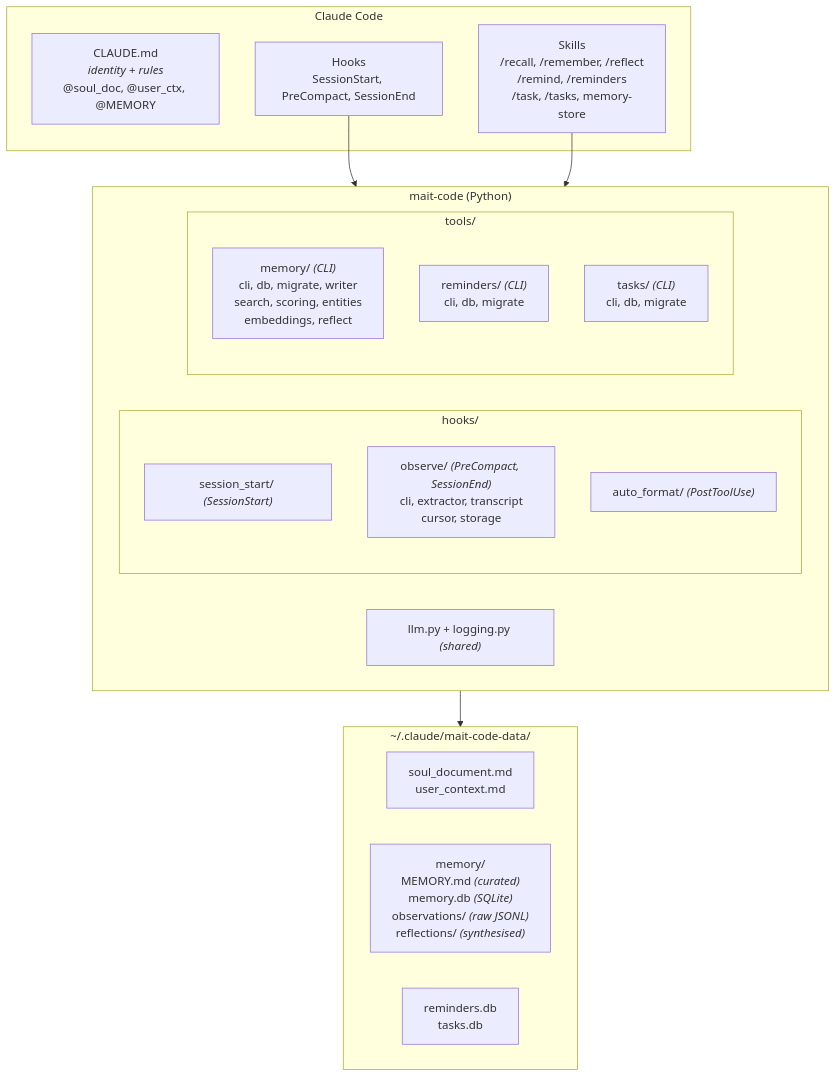
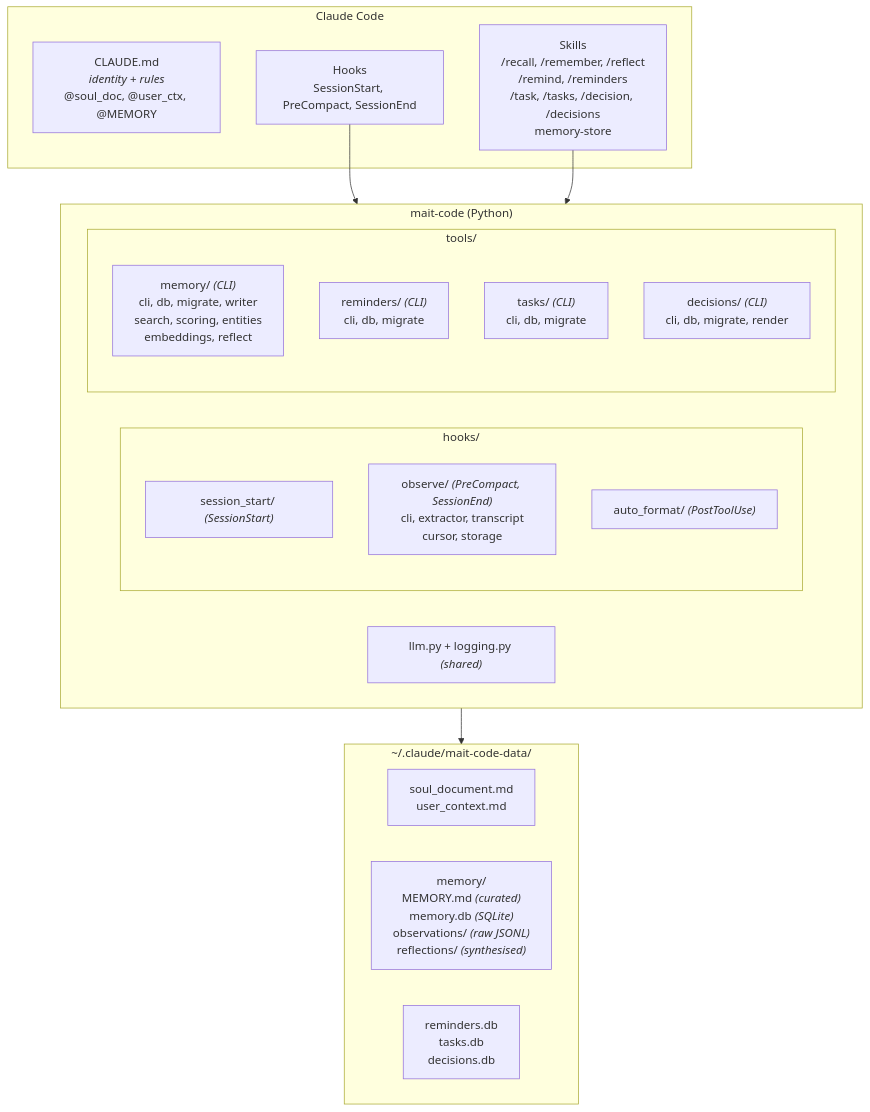
One commit to wiktordepina/mait-code changed the first of 4 diagrams in docs/architecture.md. Above: the diagram before and after it, drawn with Mermaid. The commit also changed other lines of this file and 5 other files, not shown here.

````diff
--- a/docs/architecture.md
+++ b/docs/architecture.md
@@ -14,32 +14,33 @@
 ```mermaid
 graph TD
     subgraph claude_code ["Claude Code"]
         CLAUDE_MD["CLAUDE.md<br/><i>identity + rules</i><br/>@soul_doc, @user_ctx, @MEMORY"]
         HOOKS["Hooks<br/>SessionStart, PreCompact, SessionEnd"]
-        SKILLS["Skills<br/>/recall, /remember, /reflect<br/>/remind, /reminders<br/>/task, /tasks, memory-store"]
+        SKILLS["Skills<br/>/recall, /remember, /reflect<br/>/remind, /reminders<br/>/task, /tasks, /decision, /decisions<br/>memory-store"]
     end
 
     subgraph mait_code ["mait-code (Python)"]
         subgraph hooks_pkg ["hooks/"]
             session_start["session_start/ <i>(SessionStart)</i>"]
             observe["observe/ <i>(PreCompact, SessionEnd)</i><br/>cli, extractor, transcript<br/>cursor, storage"]
             auto_format["auto_format/ <i>(PostToolUse)</i>"]
         end
         subgraph tools_pkg ["tools/"]
             memory_tool["memory/ <i>(CLI)</i><br/>cli, db, migrate, writer<br/>search, scoring, entities<br/>embeddings, reflect"]
             reminders_tool["reminders/ <i>(CLI)</i><br/>cli, db, migrate"]
             tasks_tool["tasks/ <i>(CLI)</i><br/>cli, db, migrate"]
+            decisions_tool["decisions/ <i>(CLI)</i><br/>cli, db, migrate, render"]
         end
         shared["llm.py + logging.py <i>(shared)</i>"]
     end
 
     subgraph data_dir ["~/.claude/mait-code-data/"]
         identity["soul_document.md<br/>user_context.md"]
         memory_store["memory/<br/>MEMORY.md <i>(curated)</i><br/>memory.db <i>(SQLite)</i><br/>observations/ <i>(raw JSONL)</i><br/>reflections/ <i>(synthesised)</i>"]
-        other_dbs["reminders.db<br/>tasks.db"]
+        other_dbs["reminders.db<br/>tasks.db<br/>decisions.db"]
     end
 
     HOOKS --> mait_code
     SKILLS --> mait_code
     mait_code --> data_dir
 ```
````
